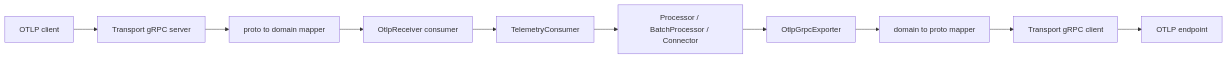
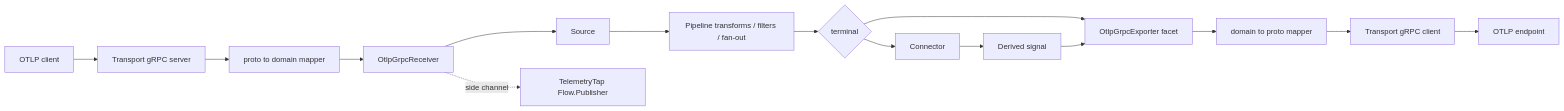
The second of 2 diagrams in docs/architecture.md (thiagogcm/otlp4j), drawn with Mermaid before and after one commit. The commit also changed other lines of this file and 4 other files, not shown here.

Commit message:
docs: update SDK architecture standard

````diff
--- a/docs/architecture.md
+++ b/docs/architecture.md
@@ -28,12 +53,17 @@
 ```mermaid
 flowchart LR
     client["OTLP client"] --> server["Transport gRPC server"]
     server --> mapperIn["proto to domain mapper"]
-    mapperIn --> receiver["OtlpReceiver consumer"]
-    receiver --> consumer["TelemetryConsumer"]
-    consumer --> pipeline["Processor / BatchProcessor / Connector"]
-    pipeline --> exporter["OtlpGrpcExporter"]
+    mapperIn --> receiver["OtlpGrpcReceiver"]
+    receiver --> source["Source<T>"]
+    source --> pipeline["Pipeline transforms / filters / fan-out"]
+    pipeline --> terminal{"terminal"}
+    terminal --> exporter["OtlpGrpcExporter facet"]
+    terminal --> connector["Connector<I,O>"]
+    connector --> emitted["Derived signal"]
+    emitted --> exporter
     exporter --> mapperOut["domain to proto mapper"]
     mapperOut --> grpcClient["Transport gRPC client"]
     grpcClient --> endpoint["OTLP endpoint"]
+    receiver -. side channel .-> tap["TelemetryTap Flow.Publisher"]
 ```
````
